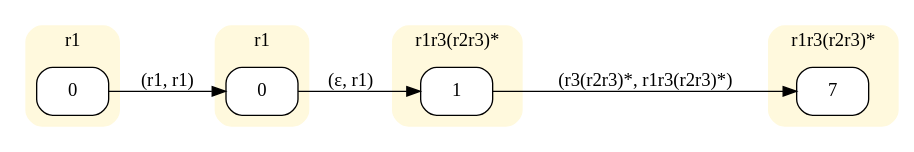
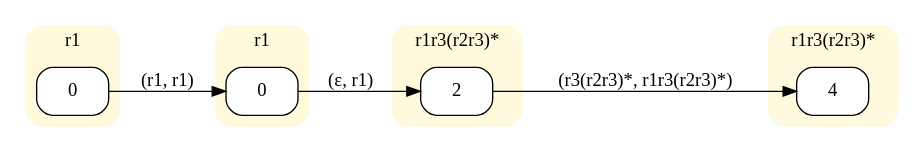
One commit to Stefano-BS/Explanatory-Diagnosis changed the diagram in input/s2_MON.dot. Above: the diagram before and after it, drawn with Graphviz. The commit also changed 69 other files, not shown here.

```diff
--- a/input/s2_MON.dot
+++ b/input/s2_MON.dot
@@ -1,27 +1,27 @@
 digraph "MONinput/s2" {
 rankdir=LR
 node [style=filled fillcolor=white]
 subgraph cluster0 {
 style="rounded,filled" color="#FFF9DD" node [style="rounded,filled" shape=box fillcolor="#FFFFFF"]
 label="r1"
 M0S0 [label=0];
 }
 subgraph cluster1 {
 style="rounded,filled" color="#FFF9DD" node [style="rounded,filled" shape=box fillcolor="#FFFFFF"]
 label="r1"
 M1S0 [label=0];
 }
 subgraph cluster2 {
 style="rounded,filled" color="#FFF9DD" node [style="rounded,filled" shape=box fillcolor="#FFFFFF"]
 label="r1r3(r2r3)*"
-M2S1 [label=1];
+M2S2 [label=2];
 }
 subgraph cluster3 {
 style="rounded,filled" color="#FFF9DD" node [style="rounded,filled" shape=box fillcolor="#FFFFFF"]
 label="r1r3(r2r3)*"
-M3S7 [label=7];
+M3S4 [label=4];
 }
 M0S0 -> M1S0 [label="(r1, r1)"]
-M1S0 -> M2S1 [label="(ε, r1)"]
-M2S1 -> M3S7 [label="(r3(r2r3)*, r1r3(r2r3)*)"]
+M1S0 -> M2S2 [label="(ε, r1)"]
+M2S2 -> M3S4 [label="(r3(r2r3)*, r1r3(r2r3)*)"]
 }
```
